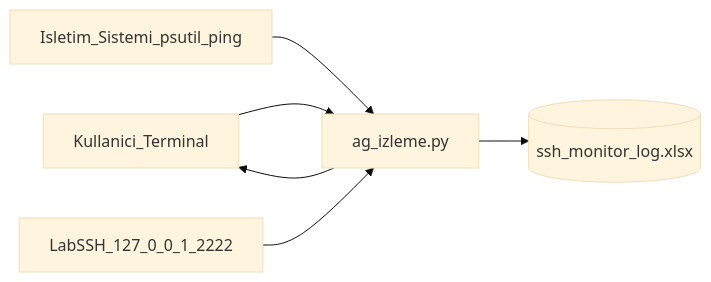
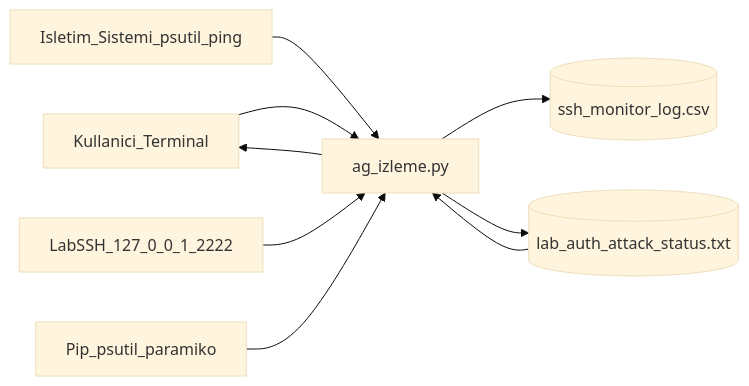
One commit to nahridebtukres/ostimteknikodev changed the first of 2 diagrams in DFD.md. Above: the diagram before and after it, drawn with Mermaid (base theme). The commit also changed other lines of this file and 14 other files, not shown here.

````diff
--- a/DFD.md
+++ b/DFD.md
@@ -5,8 +5,11 @@
 ```mermaid
 flowchart LR
     userActor[Kullanici_Terminal] --> processMain[ag_izleme.py]
     osNet[Isletim_Sistemi_psutil_ping] --> processMain
     sshSvc[LabSSH_127_0_0_1_2222] --> processMain
-    processMain --> xlsxStore[(ssh_monitor_log.xlsx)]
+    pipNet[Pip_psutil_paramiko] --> processMain
+    processMain --> csvStore[(ssh_monitor_log.csv)]
+    processMain --> statusStore[(lab_auth_attack_status.txt)]
+    statusStore --> processMain
     processMain --> userActor
 ```
````
